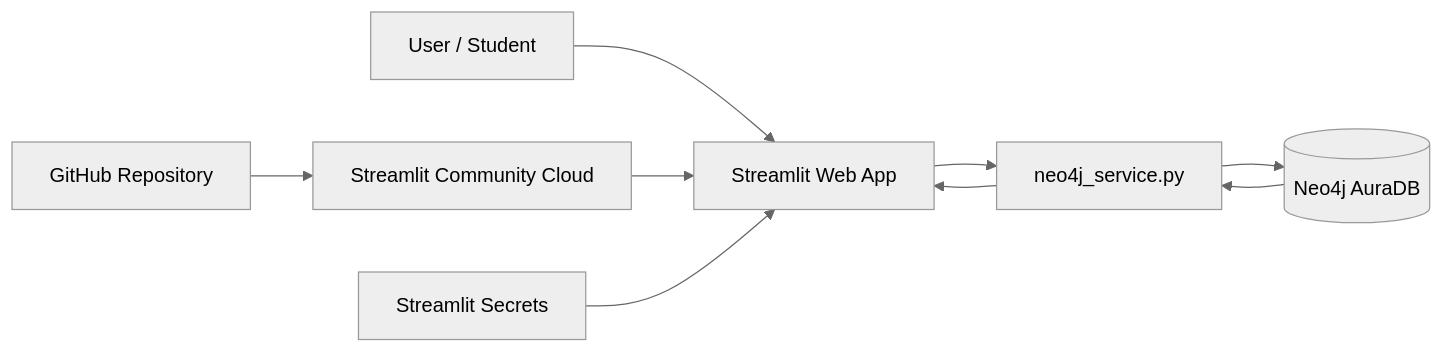
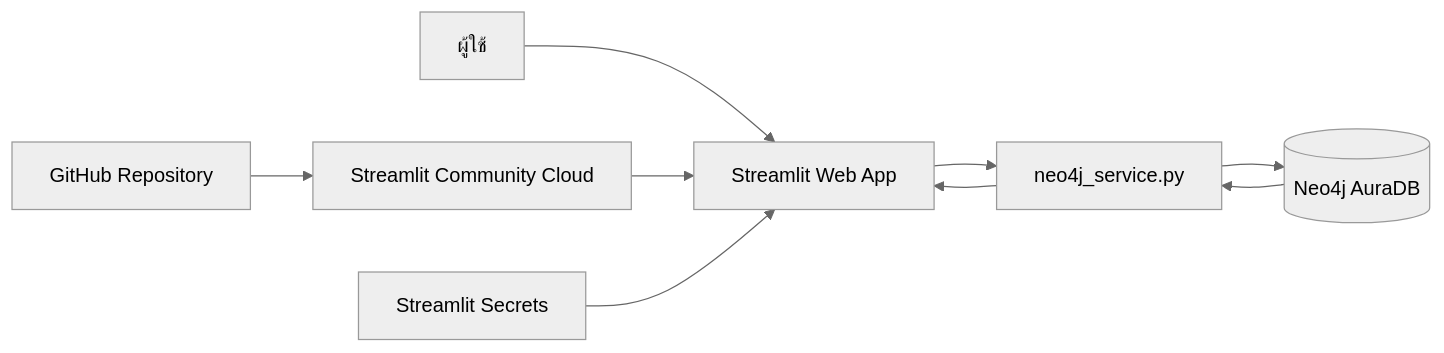
Before and after one commit to tpp72/GrapDB1: the first of 2 diagrams in docs/PROJECT_GUIDE_TH.md, drawn with Mermaid (neutral theme). The commit also changed other lines of this file and 9 other files, not shown here.

````diff
--- a/docs/PROJECT_GUIDE_TH.md
+++ b/docs/PROJECT_GUIDE_TH.md
@@ -20,11 +22,11 @@
 ```mermaid
 flowchart LR
-    U[User / Student] --> ST[Streamlit Web App]
+    U[ผู้ใช้] --> ST[Streamlit Web App]
     ST --> PY[neo4j_service.py]
     PY --> NEO[(Neo4j AuraDB)]
     NEO --> PY
     PY --> ST
     GH[GitHub Repository] --> CLOUD[Streamlit Community Cloud]
     CLOUD --> ST
     SEC[Streamlit Secrets] --> ST
 ```
````
